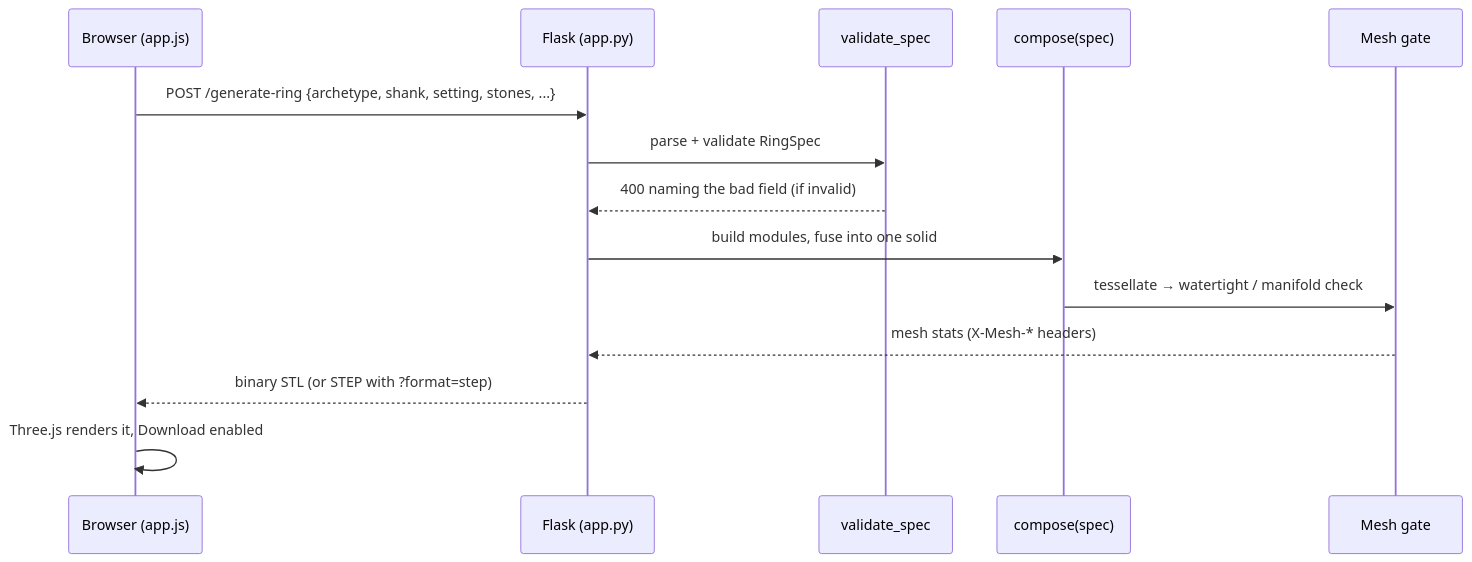
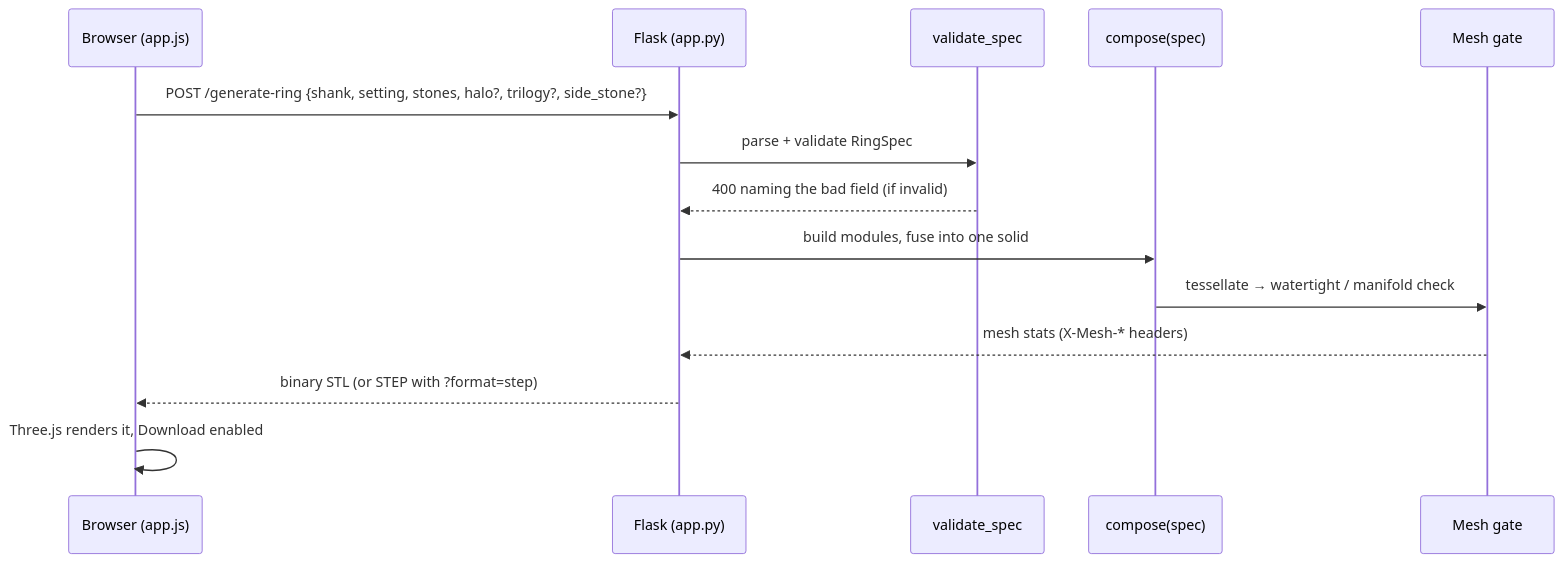
The diagram in README.md (JuanGaljoen/castable), drawn with Mermaid before and after one commit. The commit also changed other lines of this file and 1 other file, not shown here.

````diff
--- a/README.md
+++ b/README.md
@@ -41,16 +47,16 @@
 ```mermaid
 sequenceDiagram
     participant U as Browser (app.js)
     participant F as Flask (app.py)
     participant V as validate_spec
     participant G as compose(spec)
     participant M as Mesh gate
-    U->>F: POST /generate-ring {archetype, shank, setting, stones, ...}
+    U->>F: POST /generate-ring {shank, setting, stones, halo?, trilogy?, side_stone?}
     F->>V: parse + validate RingSpec
     V-->>F: 400 naming the bad field (if invalid)
     F->>G: build modules, fuse into one solid
     G->>M: tessellate → watertight / manifold check
     M-->>F: mesh stats (X-Mesh-* headers)
     F-->>U: binary STL (or STEP with ?format=step)
     U->>U: Three.js renders it, Download enabled
 ```
````
